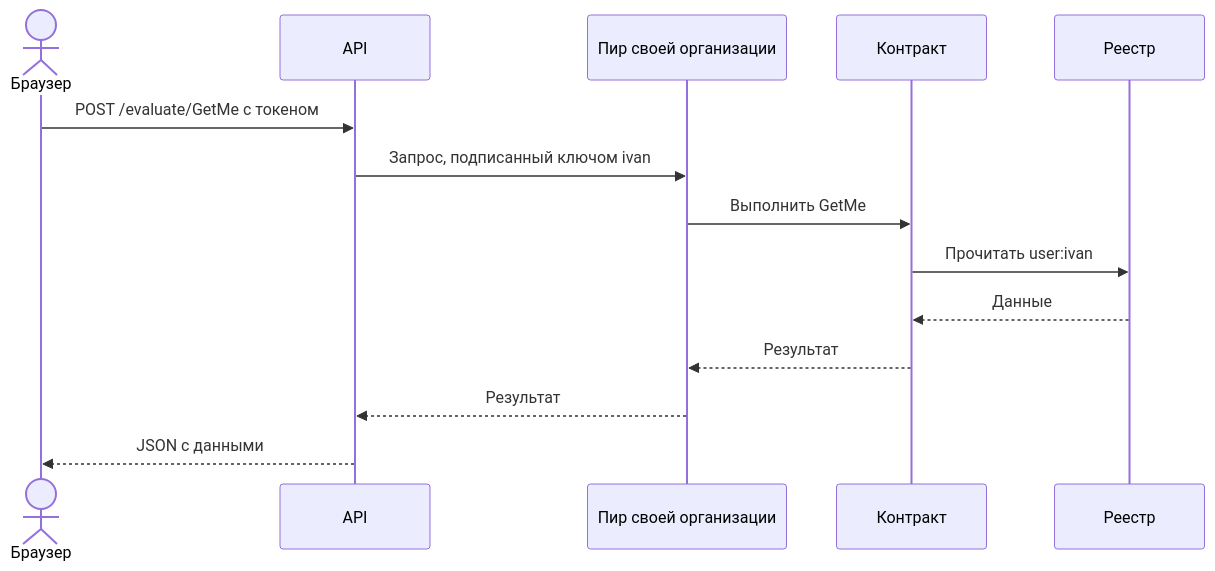
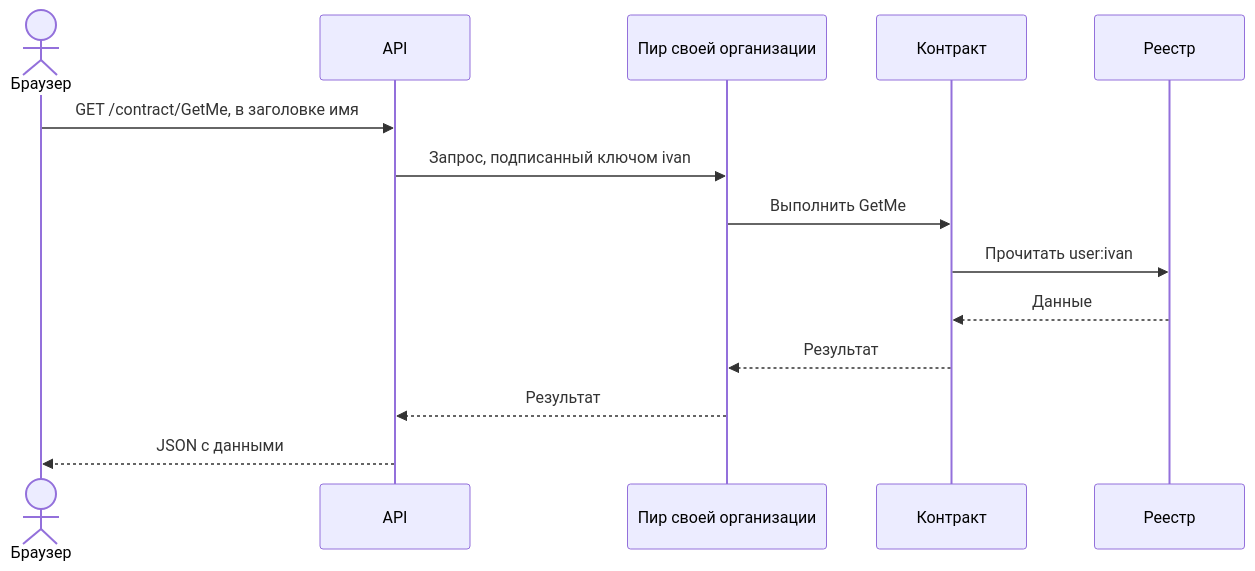
One commit to DmitroZubroni/HyperLadger-strust-and-start changed the fourth of 6 diagrams in ARCHITECTURE.md. Above: the diagram before and after it, drawn with Mermaid. The commit also changed other lines of this file and 7 other files, not shown here.

First line of the commit message:
Упростить API: пользователи из терминала, GET и POST

````diff
--- a/ARCHITECTURE.md
+++ b/ARCHITECTURE.md
@@ -221,16 +225,16 @@
 ```mermaid
 sequenceDiagram
   actor U as Браузер
   participant A as API
   participant P as Пир своей организации
   participant C as Контракт
   participant L as Реестр
-  U->>A: POST /evaluate/GetMe с токеном
+  U->>A: GET /contract/GetMe, в заголовке имя
   A->>P: Запрос, подписанный ключом ivan
   P->>C: Выполнить GetMe
   C->>L: Прочитать user:ivan
   L-->>C: Данные
   C-->>P: Результат
   P-->>A: Результат
   A-->>U: JSON с данными
 ```
````
